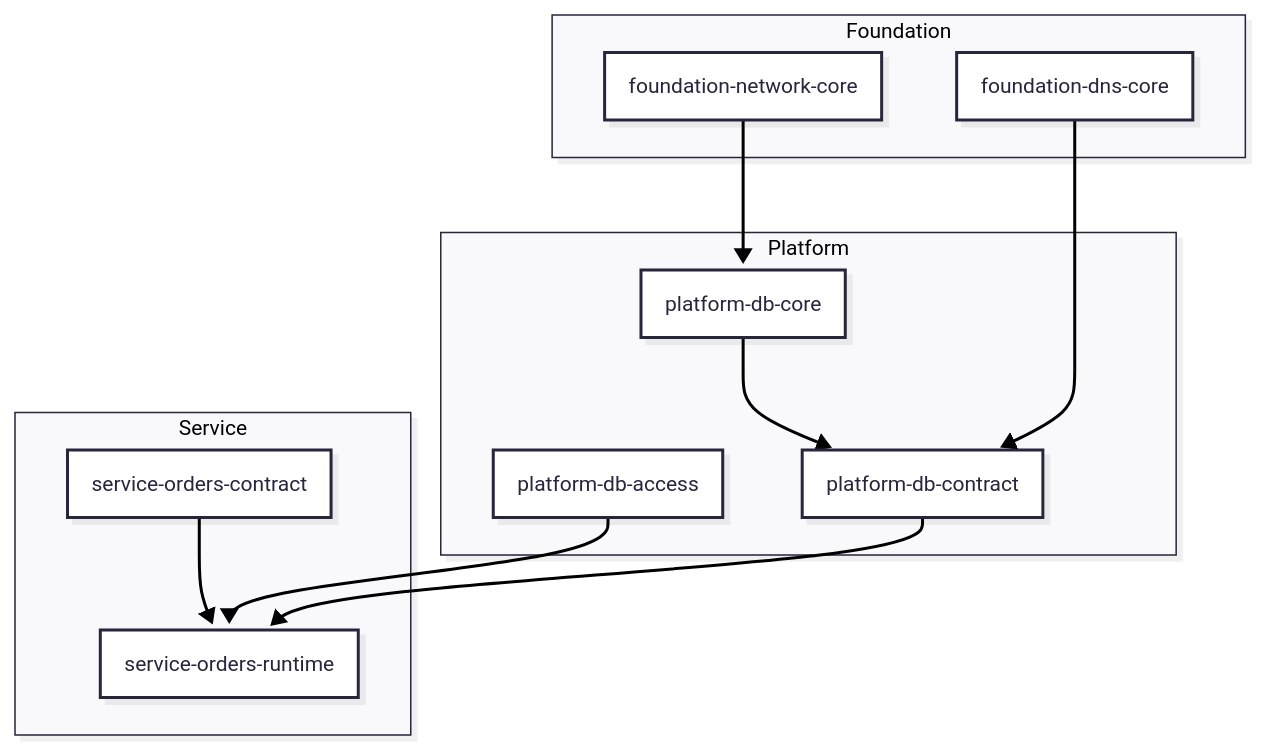
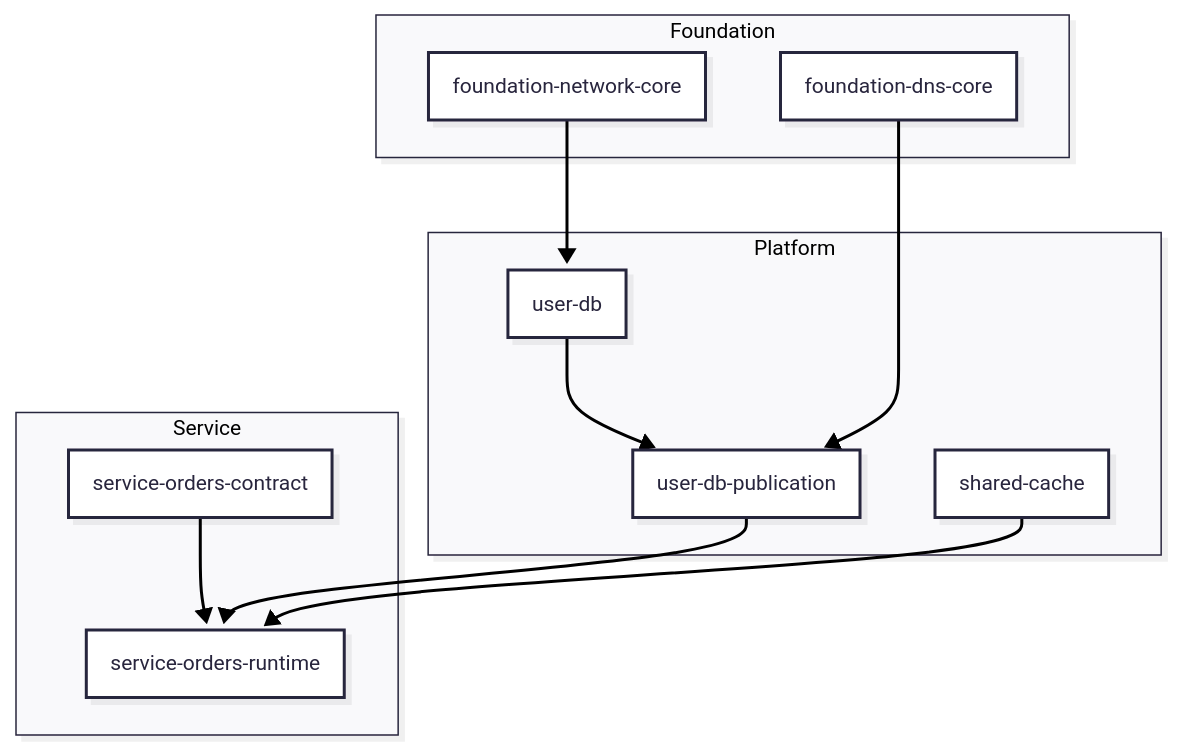
The second of 2 diagrams in docs/architecture/01a-glossary-and-views.md (DeokJong/terraform-3-layer-architecture-specification), drawn with Mermaid before and after one commit. The commit also changed other lines of this file and 17 other files, not shown here.

Commit message:
Standardize Mermaid TB and ELK usage across docs

````diff
--- a/docs/architecture/01a-glossary-and-views.md
+++ b/docs/architecture/01a-glossary-and-views.md
@@ -43,31 +44,31 @@
 ```mermaid
 ---
 config:
   layout: fixed
   theme: redux
   look: neo
 ---
 flowchart TB
     subgraph Foundation
         FN[foundation-network-core]
         FD[foundation-dns-core]
     end
 
     subgraph Platform
-        PDC[platform-db-core]
-        PDA[platform-db-access]
-        PDP[platform-db-contract]
+        PDR[user-db]
+        PDP[user-db-publication]
+        PSC[shared-cache]
     end
 
     subgraph Service
         SR[service-orders-runtime]
         SC[service-orders-contract]
     end
 
-    FN --> PDC
+    FN --> PDR
     FD --> PDP
-    PDC --> PDP
+    PDR --> PDP
     PDP --> SR
     SC --> SR
-    PDA --> SR
+    PSC --> SR
 ```
````
